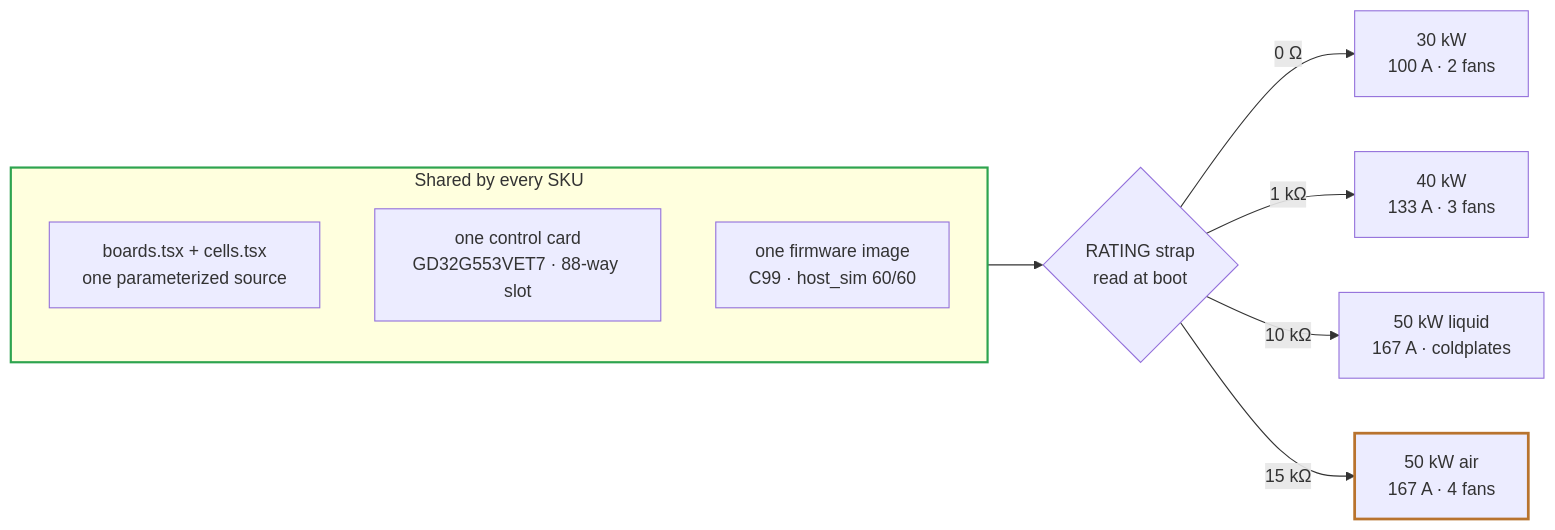
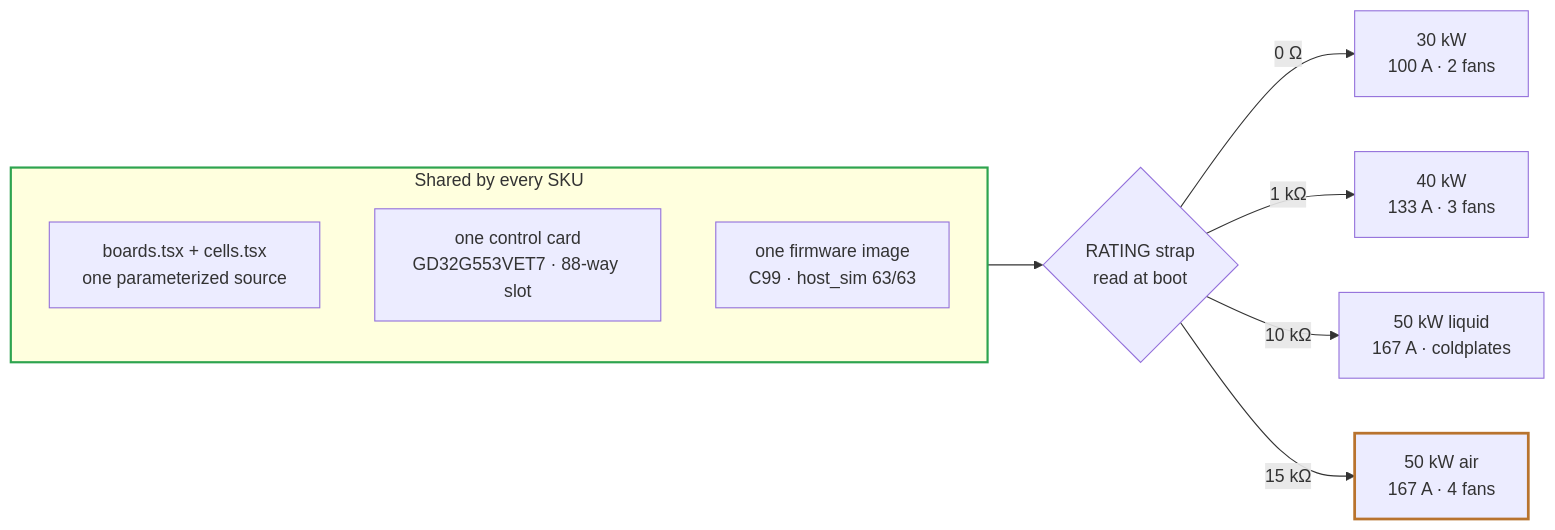
Before and after one commit to vectivolt/DC-Modules: the first of 2 diagrams in boards/README-module-family.md, drawn with Mermaid. The commit also changed other lines of this file and 91 other files, not shown here.

````diff
--- a/boards/README-module-family.md
+++ b/boards/README-module-family.md
@@ -35,17 +35,17 @@
 ```mermaid
 flowchart LR
   subgraph SHARED["Shared by every SKU"]
     direction TB
     SRC["boards.tsx + cells.tsx<br/>one parameterized source"]
     CARD["one control card<br/>GD32G553VET7 · 88-way slot"]
-    FW["one firmware image<br/>C99 · host_sim 60/60"]
+    FW["one firmware image<br/>C99 · host_sim 63/63"]
   end
   STRAP{"RATING strap<br/>read at boot"}
   SHARED --> STRAP
   STRAP -- "0 Ω" --> M30["30 kW<br/>100 A · 2 fans"]
   STRAP -- "1 kΩ" --> M40["40 kW<br/>133 A · 3 fans"]
   STRAP -- "10 kΩ" --> M50L["50 kW liquid<br/>167 A · coldplates"]
   STRAP -- "15 kΩ" --> M50A["50 kW air<br/>167 A · 4 fans"]
   style SHARED stroke:#2ea44f,stroke-width:2px
   style M50A stroke:#b8732e,stroke-width:2.5px
 ```
````
